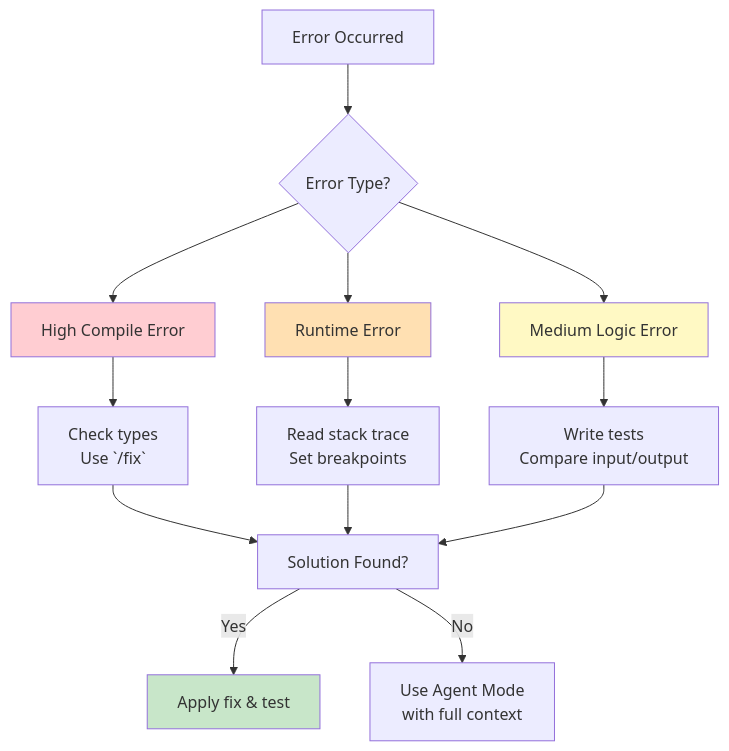
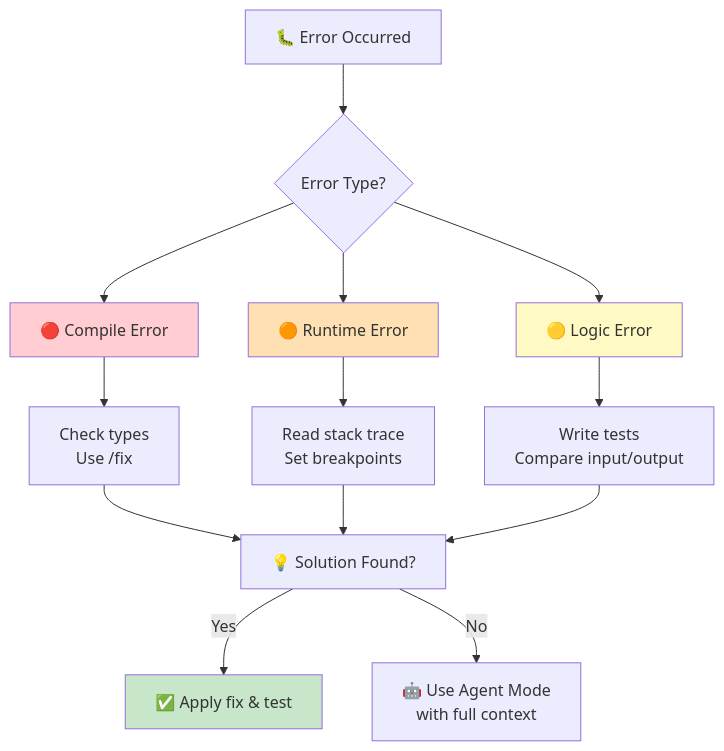
The second of 3 diagrams in coders_en.md (justinsz/ProPrompt), drawn with Mermaid before and after one commit. The commit also changed other lines of this file and 11 other files, not shown here.

First line of the commit message:
Restore emojis in normal text, keep prompts clean, fix Mermaid syntax

````diff
--- a/coders_en.md
+++ b/coders_en.md
@@ -214,24 +214,24 @@
 ```mermaid
 flowchart TD
-    A[Error Occurred] --> B{Error Type?}
+    A[🐛 Error Occurred] --> B{Error Type?}
 
-    B --> C[High Compile Error]
-    B --> D[Runtime Error]
-    B --> E[Medium Logic Error]
+    B --> C[🔴 Compile Error]
+    B --> D[🟠 Runtime Error]
+    B --> E[🟡 Logic Error]
 
-    C --> C1[Check types<br/>Use `/fix`]
+    C --> C1["Check types<br/>Use /fix"]
     D --> D1[Read stack trace<br/>Set breakpoints]
     E --> E1[Write tests<br/>Compare input/output]
 
-    C1 --> F[Solution Found?]
+    C1 --> F[💡 Solution Found?]
     D1 --> F
     E1 --> F
 
-    F -- Yes --> G[Apply fix & test]
-    F -- No --> H[Use Agent Mode<br/>with full context]
+    F -- Yes --> G[✅ Apply fix & test]
+    F -- No --> H[🤖 Use Agent Mode<br/>with full context]
 
     style C fill:#ffcdd2
     style D fill:#ffe0b2
     style E fill:#fff9c4
     style G fill:#c8e6c9
 ```
````
